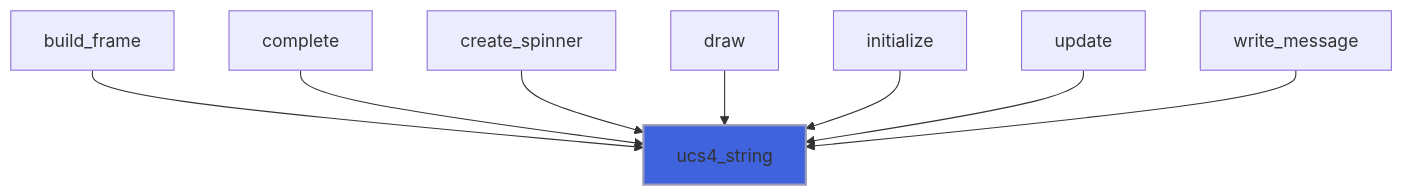
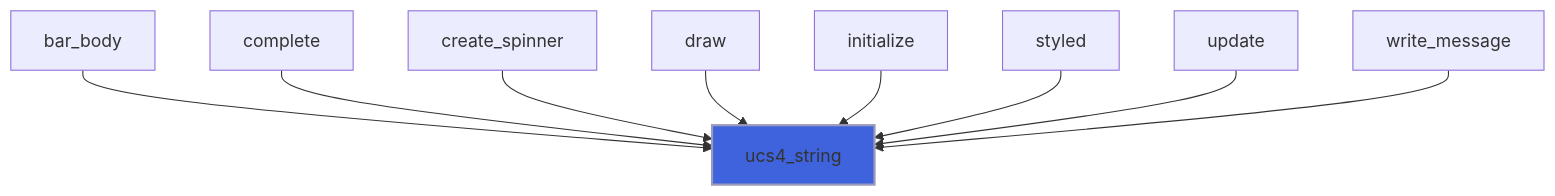
One commit to szaghi/forbear changed the diagram in docs/api/src/lib/forbear_kinds.md. Above: the diagram before and after it, drawn with Mermaid. The commit also changed other lines of this file and 51 other files, not shown here.

````diff
--- a/docs/api/src/lib/forbear_kinds.md
+++ b/docs/api/src/lib/forbear_kinds.md
@@ -40,11 +40,12 @@
 ```mermaid
 flowchart TD
-  build_frame["build_frame"] --> ucs4_string["ucs4_string"]
+  bar_body["bar_body"] --> ucs4_string["ucs4_string"]
   complete["complete"] --> ucs4_string["ucs4_string"]
   create_spinner["create_spinner"] --> ucs4_string["ucs4_string"]
   draw["draw"] --> ucs4_string["ucs4_string"]
   initialize["initialize"] --> ucs4_string["ucs4_string"]
+  styled["styled"] --> ucs4_string["ucs4_string"]
   update["update"] --> ucs4_string["ucs4_string"]
   write_message["write_message"] --> ucs4_string["ucs4_string"]
   style ucs4_string fill:#3e63dd,stroke:#99b,stroke-width:2px
 ```
````
